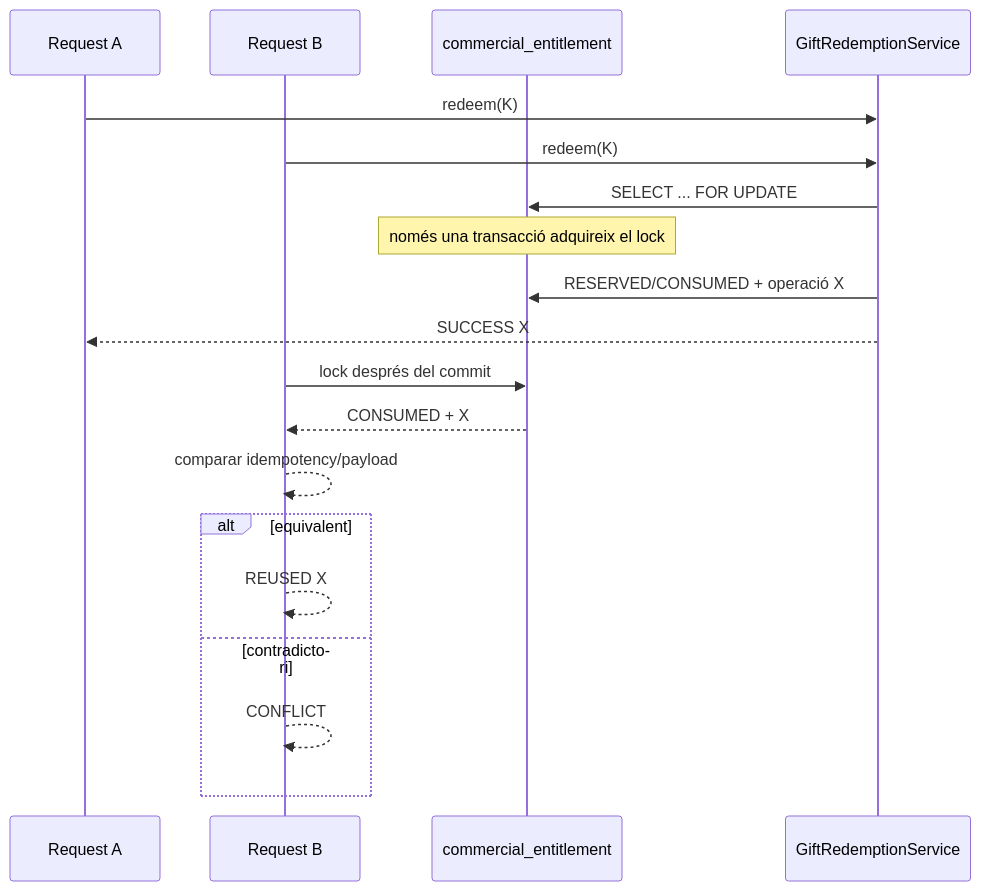
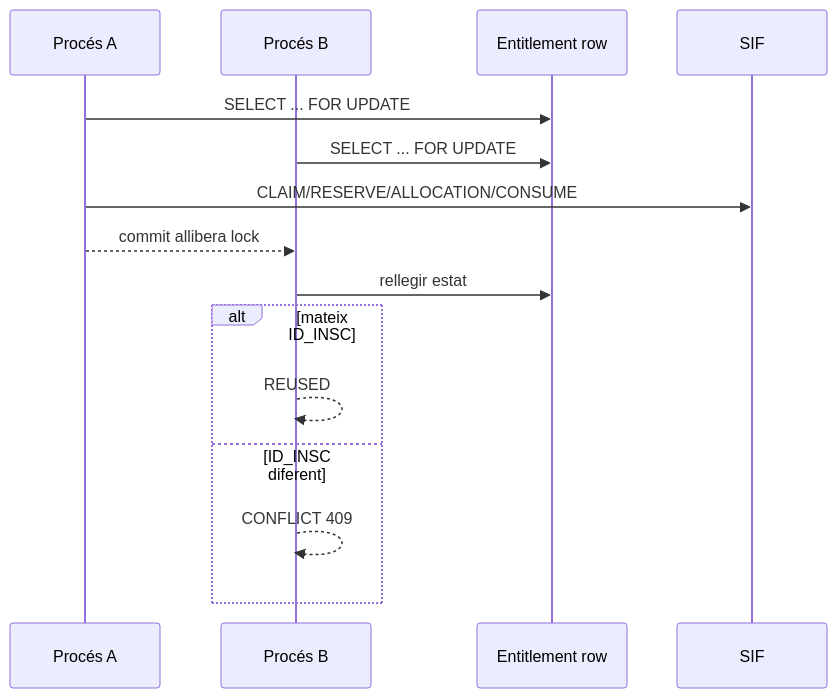
Before and after one commit to orgmeriemprismacat-del/verifactu: the fourth of 4 diagrams in documentacio/07-uml-integrat/uc-018-sequencies-actual-final.md, drawn with Mermaid. The commit also changed other lines of this file, not shown here.

````diff
--- a/documentacio/07-uml-integrat/uc-018-sequencies-actual-final.md
+++ b/documentacio/07-uml-integrat/uc-018-sequencies-actual-final.md
@@ -112,22 +76,17 @@
 ```mermaid
 sequenceDiagram
-participant A as Request A
-participant B as Request B
-participant E as commercial_entitlement
-participant S as GiftRedemptionService
-
-A->>S: redeem(K)
-B->>S: redeem(K)
-S->>E: SELECT ... FOR UPDATE
-Note over E: només una transacció adquireix el lock
-S->>E: RESERVED/CONSUMED + operació X
-S-->>A: SUCCESS X
-B->>E: lock després del commit
-E-->>B: CONSUMED + X
-B-->>B: comparar idempotency/payload
-alt equivalent
- B-->>B: REUSED X
-else contradictori
- B-->>B: CONFLICT
+participant A as Procés A
+participant B as Procés B
+participant E as Entitlement row
+participant DB as SIF
+A->>E: SELECT ... FOR UPDATE
+B->>E: SELECT ... FOR UPDATE
+A->>DB: CLAIM/RESERVE/ALLOCATION/CONSUME
+A-->>B: commit allibera lock
+B->>E: rellegir estat
+alt mateix ID_INSC
+B-->>B: REUSED
+else ID_INSC diferent
+B-->>B: CONFLICT 409
 end
 ```
````
